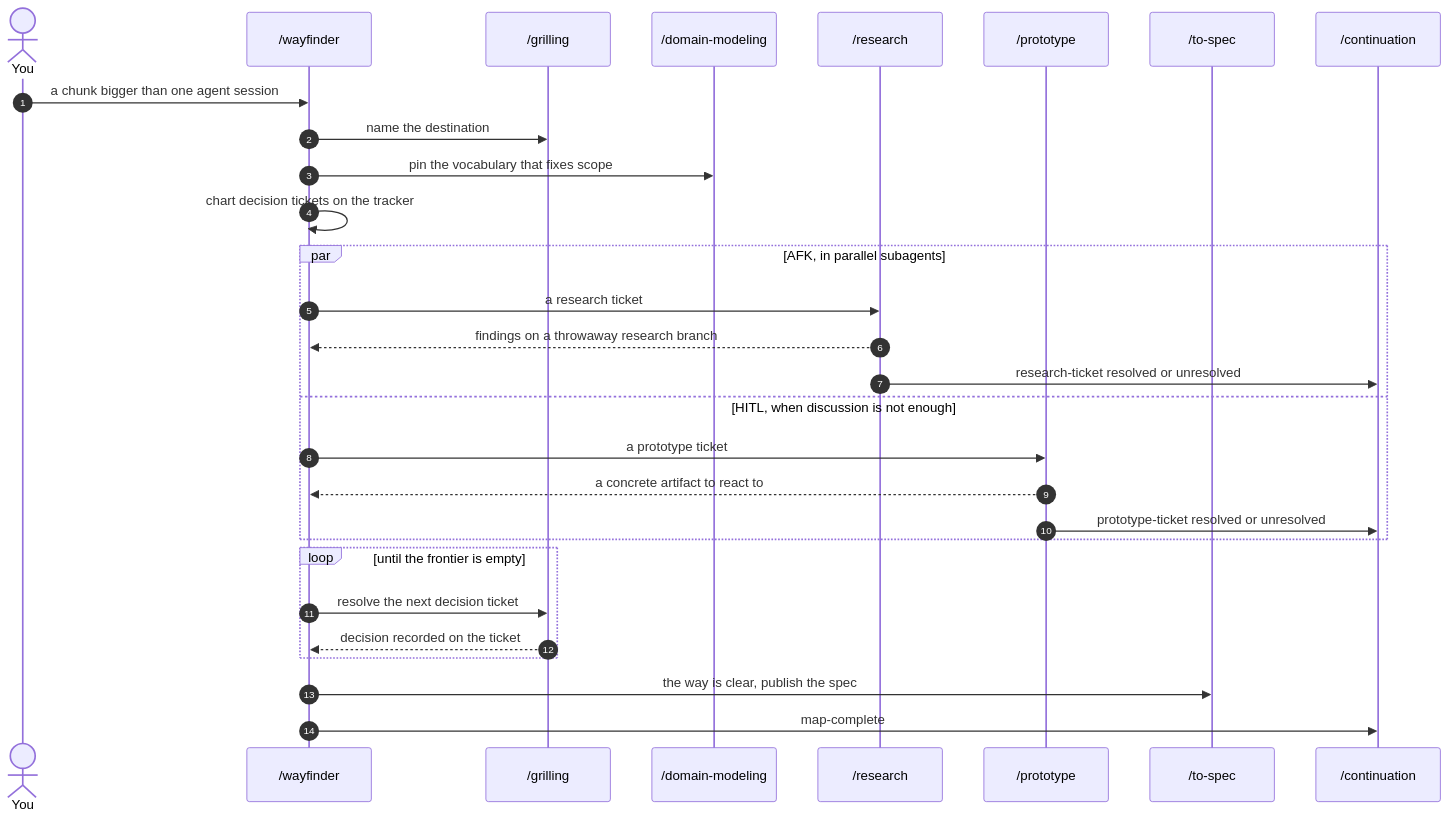
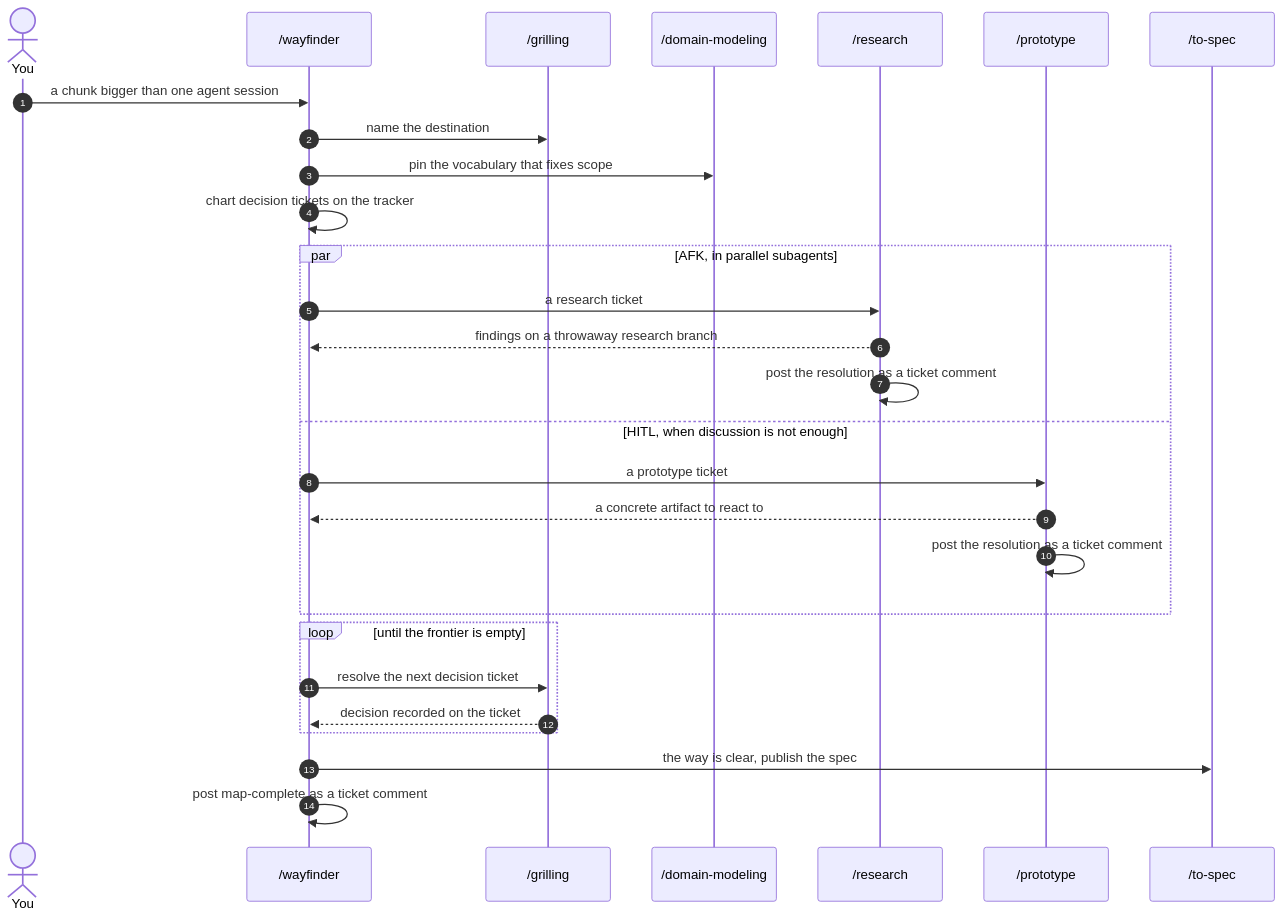
Before and after one commit to bradcstevens/git-loopy-skills: the fifth of 12 diagrams in docs/skill-connections.md, drawn with Mermaid. The commit also changed other lines of this file and 20 other files, not shown here.

````diff
--- a/docs/skill-connections.md
+++ b/docs/skill-connections.md
@@ -261,35 +236,34 @@
 ```mermaid
 sequenceDiagram
     autonumber
     actor U as You
     participant WF as /wayfinder
     participant GR as /grilling
     participant DM as /domain-modeling
     participant RS as /research
     participant PR as /prototype
     participant TS as /to-spec
-    participant CN as /continuation
 
     U->>WF: a chunk bigger than one agent session
     WF->>GR: name the destination
     WF->>DM: pin the vocabulary that fixes scope
     WF->>WF: chart decision tickets on the tracker
 
     par AFK, in parallel subagents
         WF->>RS: a research ticket
         RS-->>WF: findings on a throwaway research branch
-        RS->>CN: research-ticket resolved or unresolved
+        RS->>RS: post the resolution as a ticket comment
     and HITL, when discussion is not enough
         WF->>PR: a prototype ticket
         PR-->>WF: a concrete artifact to react to
-        PR->>CN: prototype-ticket resolved or unresolved
+        PR->>PR: post the resolution as a ticket comment
     end
 
     loop until the frontier is empty
         WF->>GR: resolve the next decision ticket
         GR-->>WF: decision recorded on the ticket
     end
 
     WF->>TS: the way is clear, publish the spec
-    WF->>CN: map-complete
+    WF->>WF: post map-complete as a ticket comment
 ```
````
